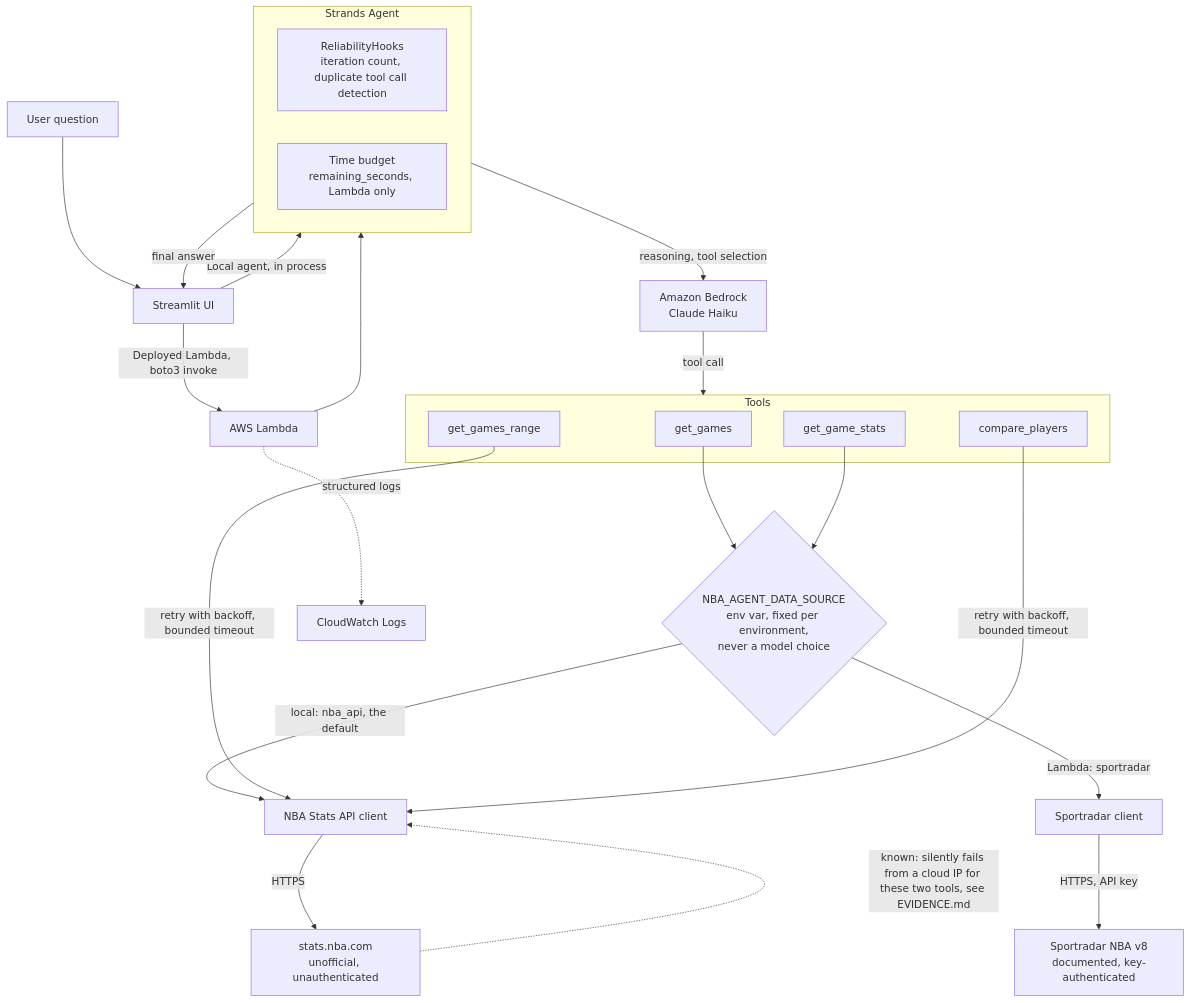
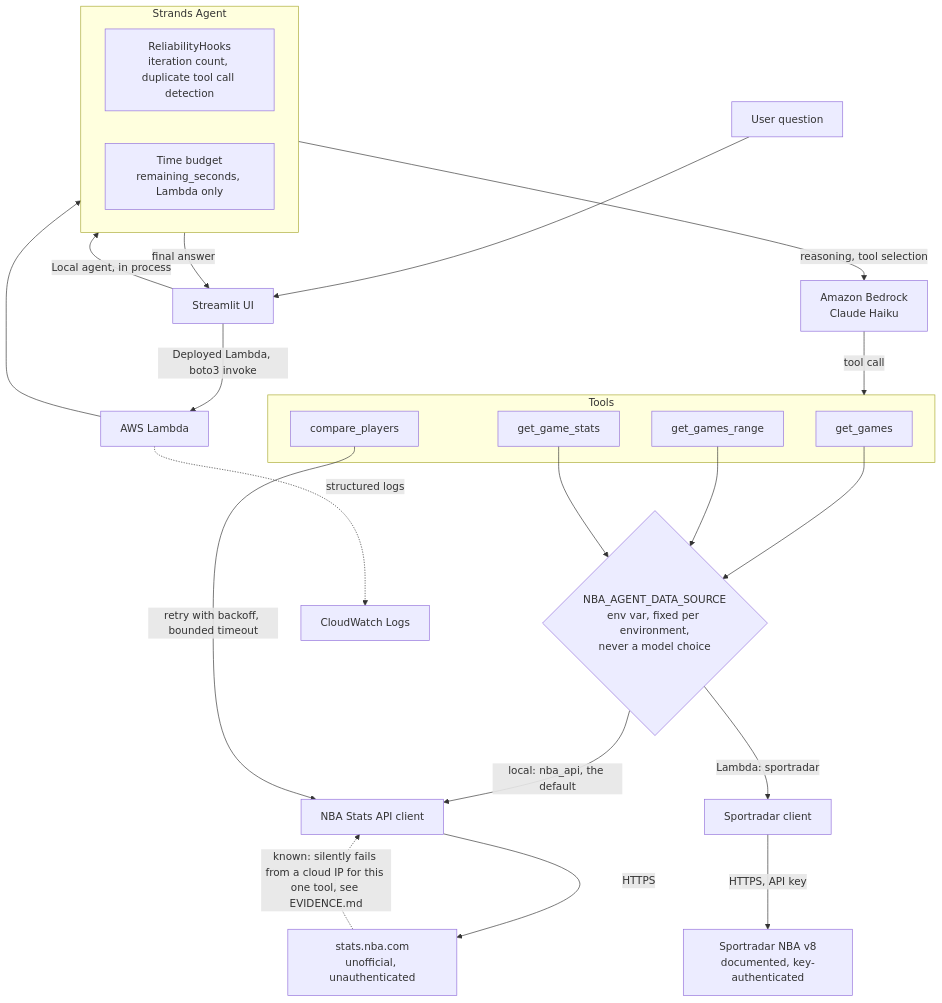
One commit to alexbonella/nba-agent-field-notes changed the diagram in docs/ARCHITECTURE.md. Above: the diagram before and after it, drawn with Mermaid. The commit also changed other lines of this file and 1 other file, not shown here.

First line of the commit message:
docs: get_games_range also routes through Sportradar dispatch

````diff
--- a/docs/ARCHITECTURE.md
+++ b/docs/ARCHITECTURE.md
@@ -5,41 +5,41 @@
 ```mermaid
 flowchart TD
     User["User question"] --> UI["Streamlit UI"]
 
     UI -->|"Local agent, in process"| Agent
     UI -->|"Deployed Lambda, boto3 invoke"| Lambda["AWS Lambda"]
     Lambda --> Agent
 
     subgraph Agent["Strands Agent"]
         Hooks["ReliabilityHooks<br/>iteration count, duplicate tool call detection"]
         Budget["Time budget<br/>remaining_seconds, Lambda only"]
     end
 
     Agent -->|"reasoning, tool selection"| Bedrock["Amazon Bedrock<br/>Claude Haiku"]
     Bedrock -->|"tool call"| Tools
 
     subgraph Tools["Tools"]
         T1["get_games"]
         T1b["get_games_range"]
         T2["get_game_stats"]
         T3["compare_players"]
     end
 
     T1 --> Dispatch
+    T1b --> Dispatch
     T2 --> Dispatch
 
     Dispatch{"NBA_AGENT_DATA_SOURCE<br/>env var, fixed per environment,<br/>never a model choice"}
     Dispatch -->|"local: nba_api, the default"| NBAClient["NBA Stats API client"]
     Dispatch -->|"Lambda: sportradar"| SRClient["Sportradar client"]
 
-    T1b -->|"retry with backoff, bounded timeout"| NBAClient
     T3 -->|"retry with backoff, bounded timeout"| NBAClient
 
     NBAClient -->|"HTTPS"| NBA["stats.nba.com<br/>unofficial, unauthenticated"]
     SRClient -->|"HTTPS, API key"| SR["Sportradar NBA v8<br/>documented, key-authenticated"]
 
-    NBA -.->|"known: silently fails from a cloud IP for these two tools, see EVIDENCE.md"| NBAClient
+    NBA -.->|"known: silently fails from a cloud IP for this one tool, see EVIDENCE.md"| NBAClient
 
     Agent -->|"final answer"| UI
     Lambda -.->|"structured logs"| CW["CloudWatch Logs"]
 ```
````
